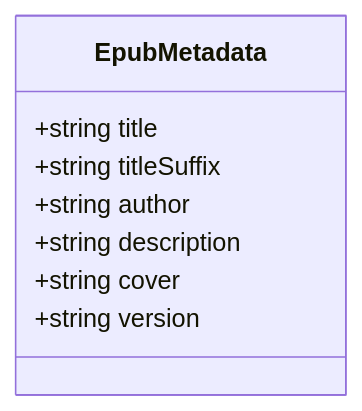
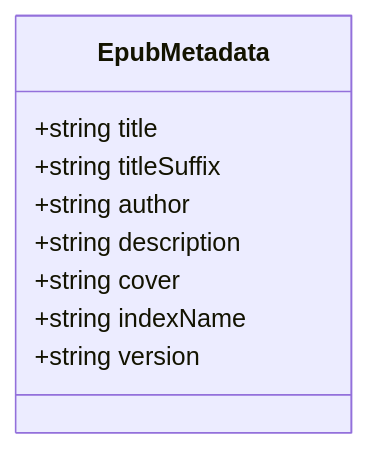
Before and after one commit to someok/vscode-folder2epub: the tenth of 10 diagrams in .qoder/repowiki/zh/content/技术架构详解/EPUB 构建系统/元数据管理系统.md, drawn with Mermaid. The commit also changed other lines of this file and 4 other files, not shown here.

````diff
--- a/.qoder/repowiki/zh/content/技术架构详解/EPUB 构建系统/元数据管理系统.md
+++ b/.qoder/repowiki/zh/content/技术架构详解/EPUB 构建系统/元数据管理系统.md
@@ -469,11 +548,12 @@
-  ```mermaid
+```mermaid
 classDiagram
 class EpubMetadata {
 +string title
 +string titleSuffix
 +string author
 +string description
 +string cover
++string indexName
 +string version
 }
 ```
````
